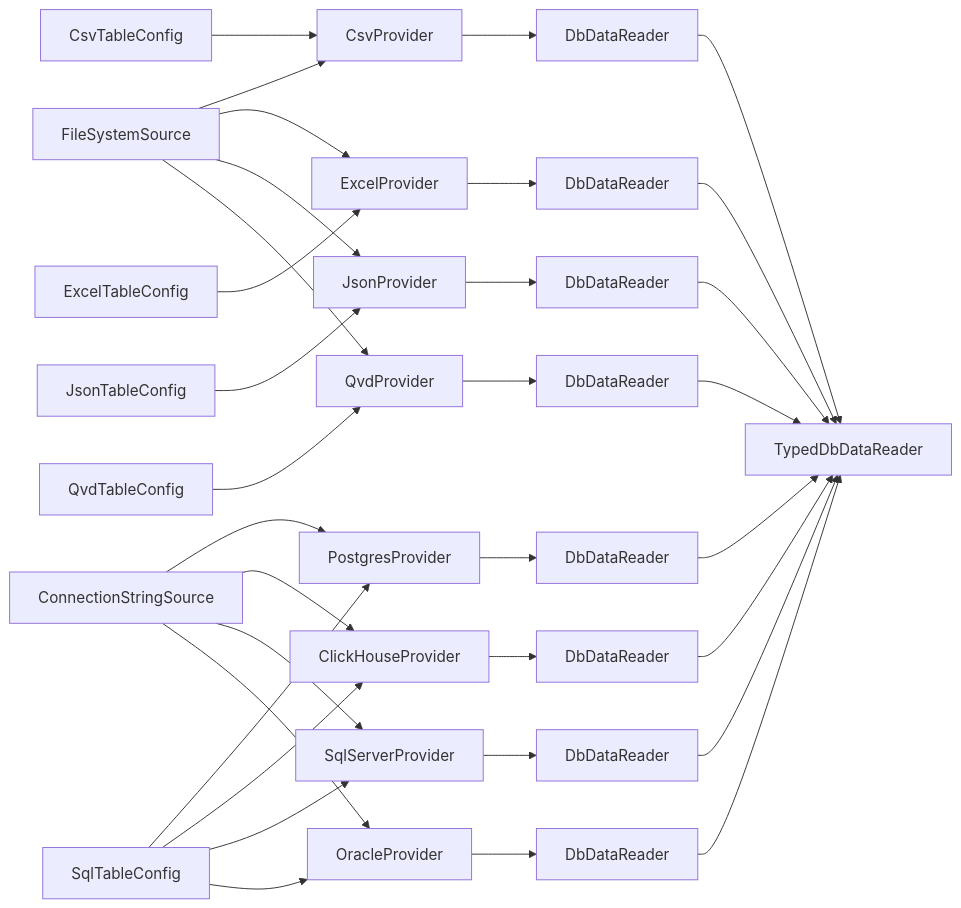
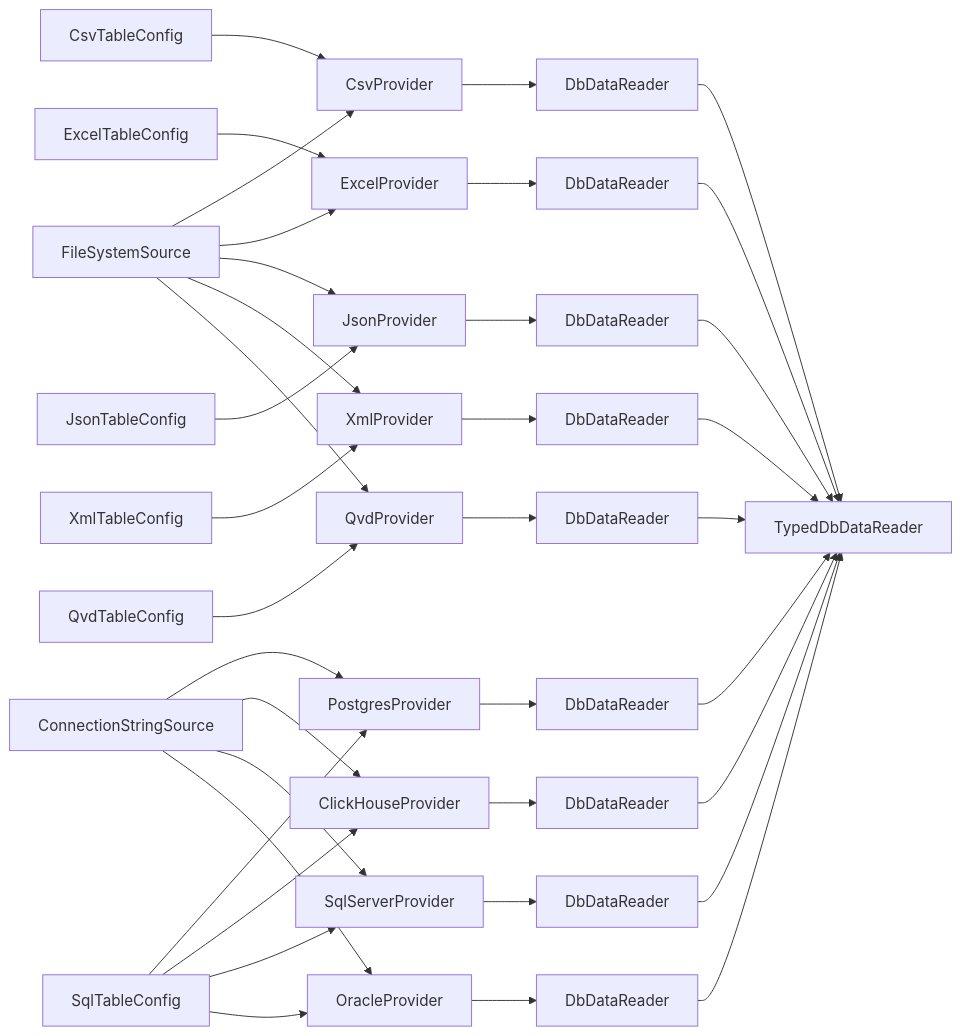
The second of 2 diagrams in docs/architecture.md (MikeKondr99/Loader), drawn with Mermaid before and after one commit. The commit also changed other lines of this file and 18 other files, not shown here.

Commit message:
xml provider

````diff
--- a/docs/architecture.md
+++ b/docs/architecture.md
@@ -70,43 +76,48 @@
 ```mermaid
 flowchart LR
     FileSource[FileSystemSource] --> CsvProvider
     CsvConfig[CsvTableConfig] --> CsvProvider
     CsvProvider --> CsvReader[DbDataReader]
 
     FileSource --> ExcelProvider
     ExcelConfig[ExcelTableConfig] --> ExcelProvider
     ExcelProvider --> ExcelReader[DbDataReader]
 
     FileSource --> JsonProvider
     JsonConfig[JsonTableConfig] --> JsonProvider
     JsonProvider --> JsonReader[DbDataReader]
+
+    FileSource --> XmlProvider
+    XmlConfig[XmlTableConfig] --> XmlProvider
+    XmlProvider --> XmlReader[DbDataReader]
 
     FileSource --> QvdProvider
     QvdConfig[QvdTableConfig] --> QvdProvider
     QvdProvider --> QvdReader[DbDataReader]
 
     DbSource[ConnectionStringSource] --> PgProvider[PostgresProvider]
     SqlConfig[SqlTableConfig] --> PgProvider
     PgProvider --> PgReader[DbDataReader]
 
     DbSource --> ChProvider[ClickHouseProvider]
     SqlConfig --> ChProvider
     ChProvider --> ChReader[DbDataReader]
 
     DbSource --> SqlServerProvider[SqlServerProvider]
     SqlConfig --> SqlServerProvider
     SqlServerProvider --> SqlServerReader[DbDataReader]
 
     DbSource --> OracleProvider[OracleProvider]
     SqlConfig --> OracleProvider
     OracleProvider --> OracleReader[DbDataReader]
 
     CsvReader --> Typed[TypedDbDataReader]
     ExcelReader --> Typed
     JsonReader --> Typed
+    XmlReader --> Typed
     QvdReader --> Typed
     PgReader --> Typed
     ChReader --> Typed
     SqlServerReader --> Typed
     OracleReader --> Typed
 ```
````
